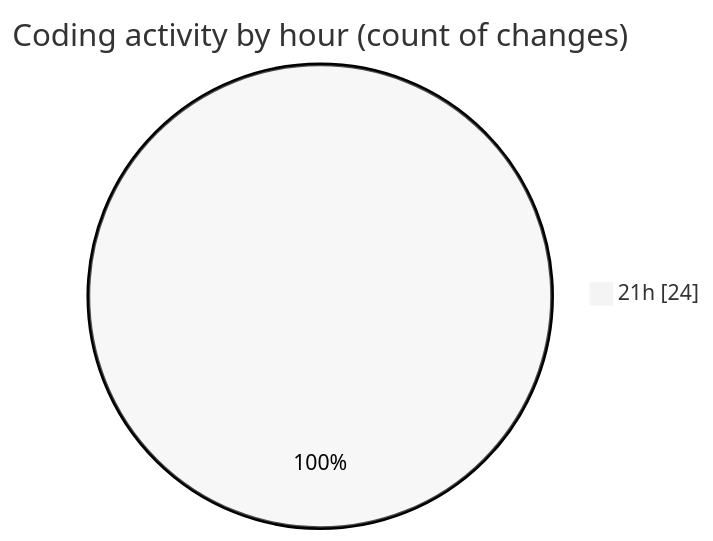
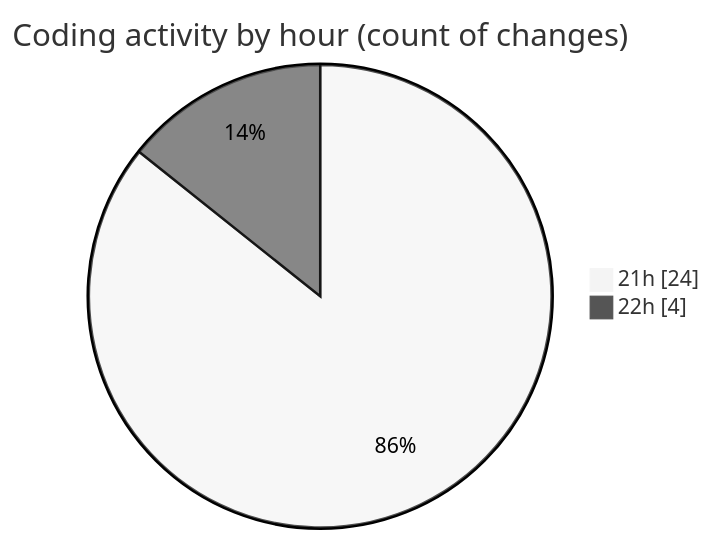
The second of 2 diagrams in 2025-09-04/tailwind/README.md (IJAZ3593/code-tracking), drawn with Mermaid (neutral theme) before and after one commit. The commit also changed other lines of this file and 1 other file, not shown here.

````diff
--- a/2025-09-04/tailwind/README.md
+++ b/2025-09-04/tailwind/README.md
@@ -31,5 +35,6 @@
 ```mermaid
 pie showData
 title Coding activity by hour (count of changes)
 "21h" : 24
+"22h" : 4
 ```
````
